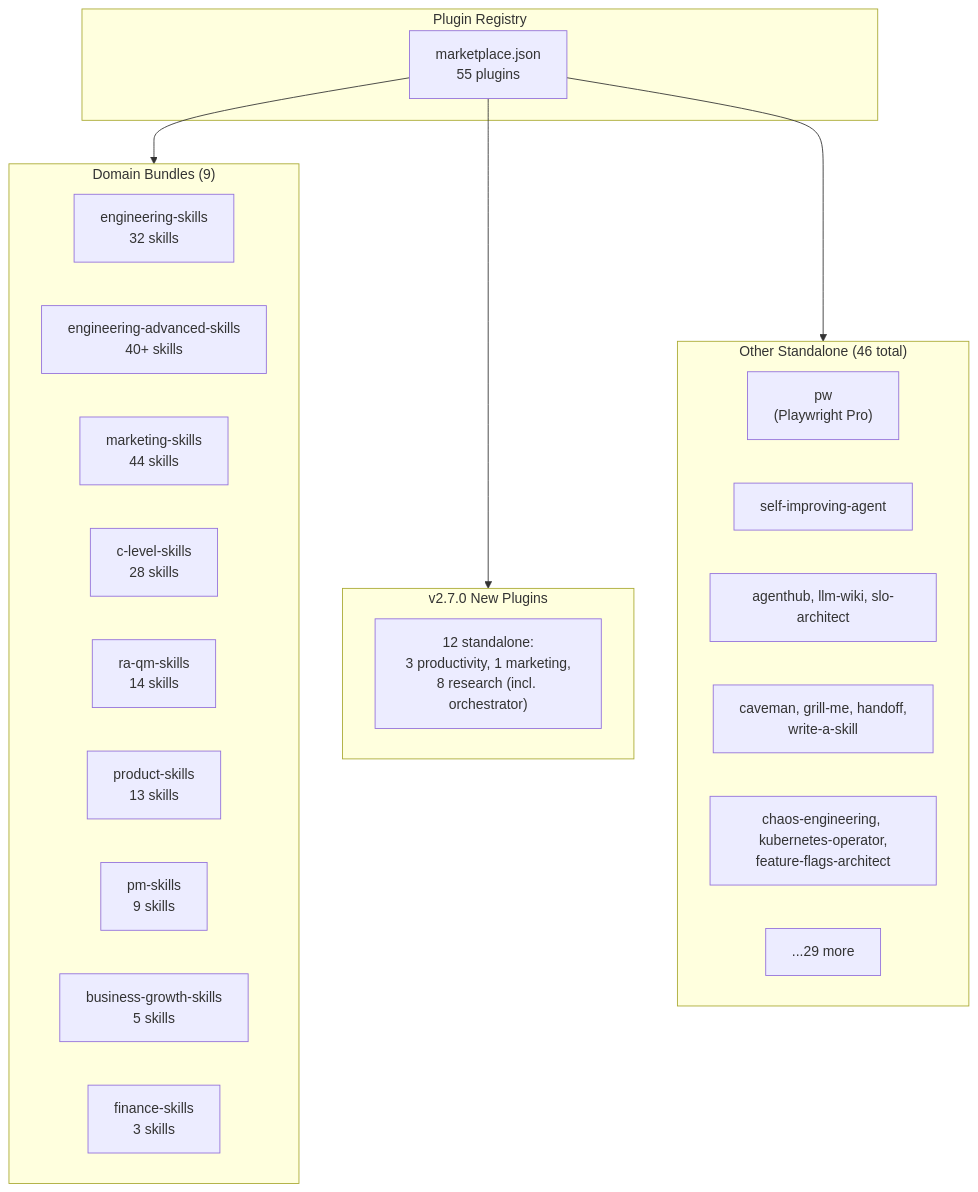
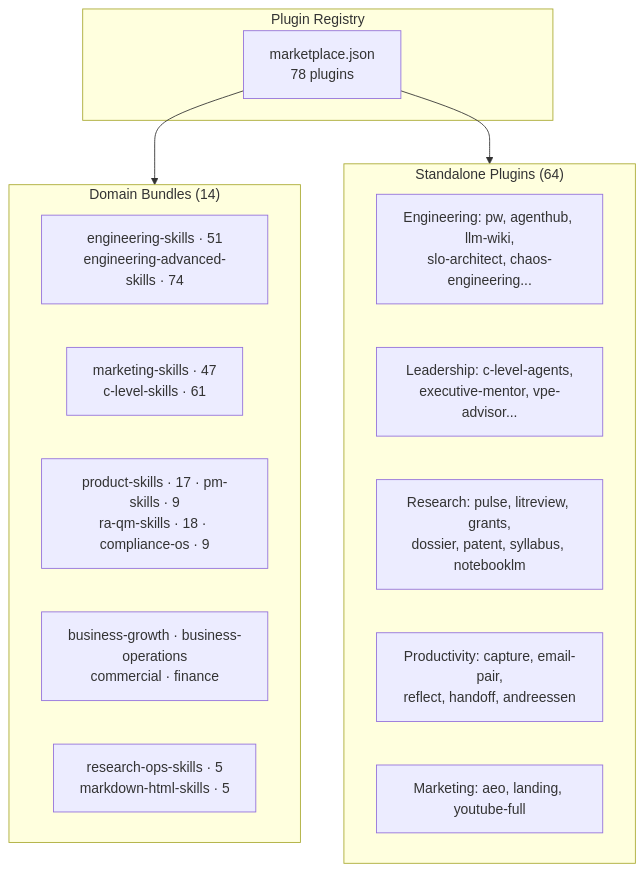
Before and after one commit to HIDORAKAI002/ai-workspace-archive: the diagram in ai_skills/skills/claude-skills/docs/plugins/index.md, drawn with Mermaid. The commit also changed other lines of this file and 871 other files, not shown here.

````diff
--- a/ai_skills/skills/claude-skills/docs/plugins/index.md
+++ b/ai_skills/skills/claude-skills/docs/plugins/index.md
@@ -91,35 +91,25 @@
 ```mermaid
 graph TB
     subgraph Registry["Plugin Registry"]
-        MP["marketplace.json<br/>55 plugins"]
+        MP["marketplace.json<br/>78 plugins"]
     end
 
-    subgraph Bundles["Domain Bundles (9)"]
-        B1["engineering-skills<br/>32 skills"]
-        B2["engineering-advanced-skills<br/>40+ skills"]
-        B3["marketing-skills<br/>44 skills"]
-        B4["c-level-skills<br/>28 skills"]
-        B5["ra-qm-skills<br/>14 skills"]
-        B6["product-skills<br/>13 skills"]
-        B7["pm-skills<br/>9 skills"]
-        B8["business-growth-skills<br/>5 skills"]
-        B9["finance-skills<br/>3 skills"]
+    subgraph Bundles["Domain Bundles (14)"]
+        B1["engineering-skills · 51<br/>engineering-advanced-skills · 74"]
+        B2["marketing-skills · 47<br/>c-level-skills · 61"]
+        B3["product-skills · 17 · pm-skills · 9<br/>ra-qm-skills · 18 · compliance-os · 9"]
+        B4["business-growth · business-operations<br/>commercial · finance"]
+        B5["research-ops-skills · 5<br/>markdown-html-skills · 5"]
     end
 
-    subgraph V270["v2.7.0 New Plugins"]
-        V1["12 standalone:<br/>3 productivity, 1 marketing,<br/>8 research (incl. orchestrator)"]
-    end
-
-    subgraph Standalone["Other Standalone (46 total)"]
-        S1["pw<br/>(Playwright Pro)"]
-        S2["self-improving-agent"]
-        S3["agenthub, llm-wiki, slo-architect"]
-        S4["caveman, grill-me, handoff,<br/>write-a-skill"]
-        S5["chaos-engineering, kubernetes-operator,<br/>feature-flags-architect"]
-        S6["...29 more"]
+    subgraph Standalone["Standalone Plugins (64)"]
+        S1["Engineering: pw, agenthub, llm-wiki,<br/>slo-architect, chaos-engineering..."]
+        S2["Leadership: c-level-agents,<br/>executive-mentor, vpe-advisor..."]
+        S3["Research: pulse, litreview, grants,<br/>dossier, patent, syllabus, notebooklm"]
+        S4["Productivity: capture, email-pair,<br/>reflect, handoff, andreessen"]
+        S5["Marketing: aeo, landing, youtube-full"]
     end
 
     MP --> Bundles
-    MP --> V270
     MP --> Standalone
 ```
````
